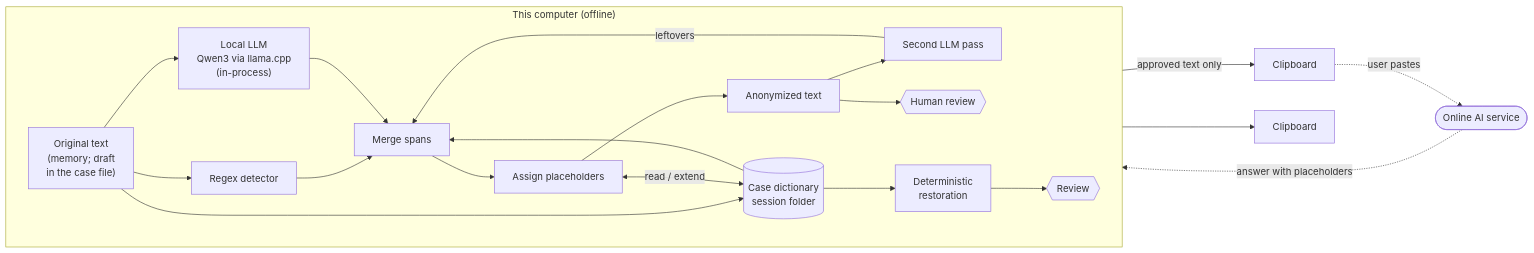
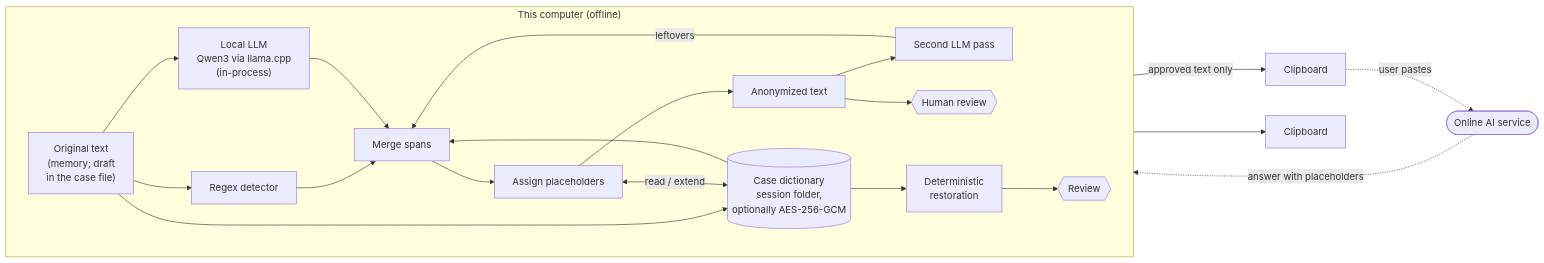
The diagram in docs/privacy-architecture.md (mristin/hajde-ano), drawn with Mermaid before and after one commit. The commit also changed other lines of this file and 19 other files, not shown here.

````diff
--- a/docs/privacy-architecture.md
+++ b/docs/privacy-architecture.md
@@ -7,32 +7,32 @@
 ```mermaid
 flowchart LR
     subgraph local["This computer (offline)"]
         direction LR
         orig["Original text<br/>(memory; draft<br/>in the case file)"]
         regex["Regex detector"]
         llm["Local LLM<br/>Qwen3 via llama.cpp<br/>(in-process)"]
-        dict[("Case dictionary<br/>session folder")]
+        dict[("Case dictionary<br/>session folder,<br/>optionally AES-256-GCM")]
         merge["Merge spans"]
         ph["Assign placeholders"]
         anon["Anonymized text"]
         second["Second LLM pass"]
         review{{"Human review"}}
         restore["Deterministic<br/>restoration"]
         review2{{"Review"}}
 
         orig --> regex & llm & dict
         regex --> merge
         llm --> merge
         dict --> merge
         merge --> ph --> anon
         anon --> second -->|leftovers| merge
         ph <-->|read / extend| dict
         anon --> review
         dict --> restore --> review2
     end
 
     review -->|approved text only| cb1["Clipboard"]
     cb1 -.->|user pastes| ai(["Online AI service"])
     ai -.->|answer with placeholders| restore
     review2 --> cb2["Clipboard"]
 ```
````
